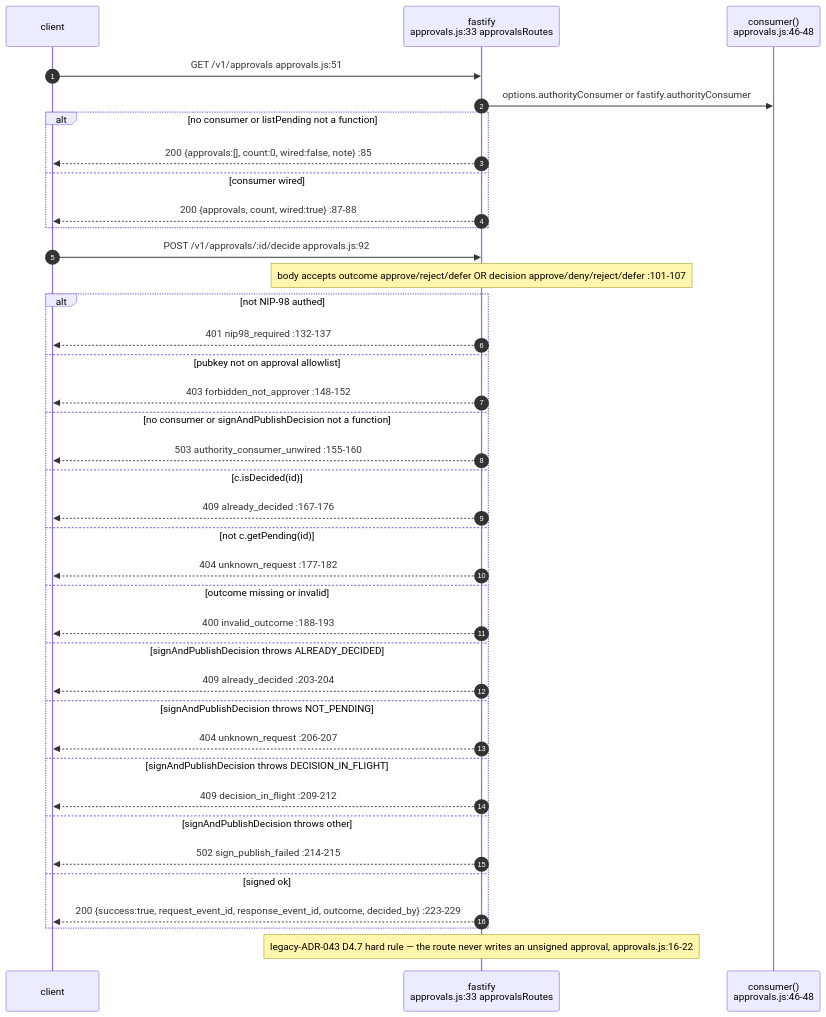
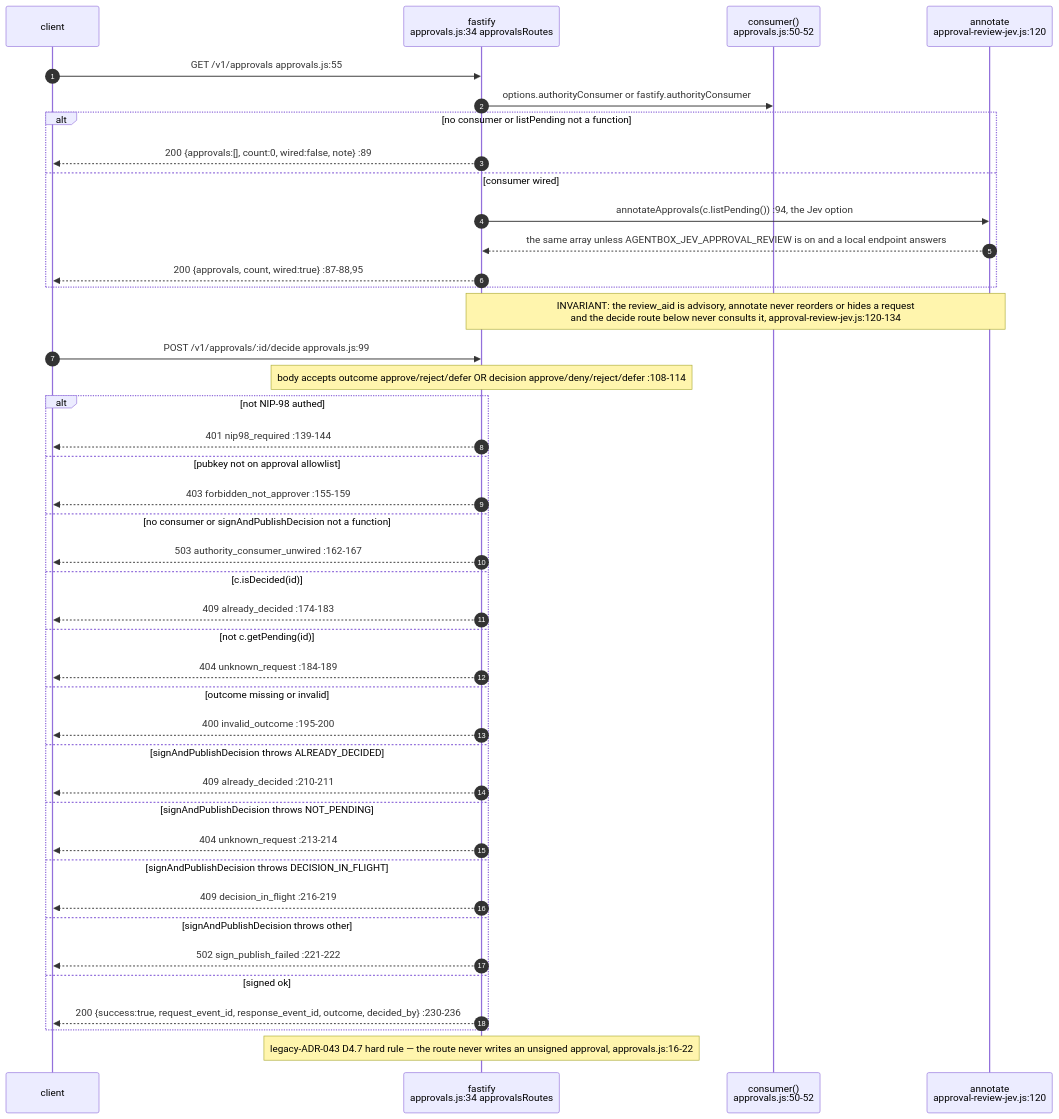
Before and after one commit to DreamLab-AI/VisionFlow: the fifth of 15 diagrams in docs/diagrams/agentbox/14-governance-journal-actions-approvals.md, drawn with Mermaid. The commit also changed other lines of this file and 160 other files, not shown here.

````diff
--- a/docs/diagrams/agentbox/14-governance-journal-actions-approvals.md
+++ b/docs/diagrams/agentbox/14-governance-journal-actions-approvals.md
@@ -260,42 +263,46 @@
 ```mermaid
 sequenceDiagram
     autonumber
     participant C as client
-    participant FA as fastify<br/>approvals.js:33 approvalsRoutes
-    participant CON as consumer()<br/>approvals.js:46-48
+    participant FA as fastify<br/>approvals.js:34 approvalsRoutes
+    participant CON as consumer()<br/>approvals.js:50-52
+    participant AJ as annotate<br/>approval-review-jev.js:120
 
-    C->>FA: GET /v1/approvals approvals.js:51
+    C->>FA: GET /v1/approvals approvals.js:55
     FA->>CON: options.authorityConsumer or fastify.authorityConsumer
     alt no consumer or listPending not a function
-        FA-->>C: 200 {approvals:[], count:0, wired:false, note} :85
+        FA-->>C: 200 {approvals:[], count:0, wired:false, note} :89
     else consumer wired
-        FA-->>C: 200 {approvals, count, wired:true} :87-88
+        FA->>AJ: annotateApprovals(c.listPending()) :94, the Jev option
+        AJ-->>FA: the same array unless AGENTBOX_JEV_APPROVAL_REVIEW is on and a local endpoint answers
+        FA-->>C: 200 {approvals, count, wired:true} :87-88,95
     end
+    Note over FA,AJ: INVARIANT: the review_aid is advisory, annotate never reorders or hides a request<br/>and the decide route below never consults it, approval-review-jev.js:120-134
 
-    C->>FA: POST /v1/approvals/:id/decide approvals.js:92
-    Note over FA: body accepts outcome approve/reject/defer OR decision approve/deny/reject/defer :101-107
+    C->>FA: POST /v1/approvals/:id/decide approvals.js:99
+    Note over FA: body accepts outcome approve/reject/defer OR decision approve/deny/reject/defer :108-114
     alt not NIP-98 authed
-        FA-->>C: 401 nip98_required :132-137
+        FA-->>C: 401 nip98_required :139-144
     else pubkey not on approval allowlist
-        FA-->>C: 403 forbidden_not_approver :148-152
+        FA-->>C: 403 forbidden_not_approver :155-159
     else no consumer or signAndPublishDecision not a function
-        FA-->>C: 503 authority_consumer_unwired :155-160
+        FA-->>C: 503 authority_consumer_unwired :162-167
     else c.isDecided(id)
-        FA-->>C: 409 already_decided :167-176
+        FA-->>C: 409 already_decided :174-183
     else not c.getPending(id)
-        FA-->>C: 404 unknown_request :177-182
+        FA-->>C: 404 unknown_request :184-189
     else outcome missing or invalid
-        FA-->>C: 400 invalid_outcome :188-193
+        FA-->>C: 400 invalid_outcome :195-200
     else signAndPublishDecision throws ALREADY_DECIDED
-        FA-->>C: 409 already_decided :203-204
+        FA-->>C: 409 already_decided :210-211
     else signAndPublishDecision throws NOT_PENDING
-        FA-->>C: 404 unknown_request :206-207
+        FA-->>C: 404 unknown_request :213-214
     else signAndPublishDecision throws DECISION_IN_FLIGHT
-        FA-->>C: 409 decision_in_flight :209-212
+        FA-->>C: 409 decision_in_flight :216-219
     else signAndPublishDecision throws other
-        FA-->>C: 502 sign_publish_failed :214-215
+        FA-->>C: 502 sign_publish_failed :221-222
     else signed ok
-        FA-->>C: 200 {success:true, request_event_id, response_event_id, outcome, decided_by} :223-229
+        FA-->>C: 200 {success:true, request_event_id, response_event_id, outcome, decided_by} :230-236
     end
     Note over FA: legacy-ADR-043 D4.7 hard rule — the route never writes an unsigned approval, approvals.js:16-22
 ```
````
